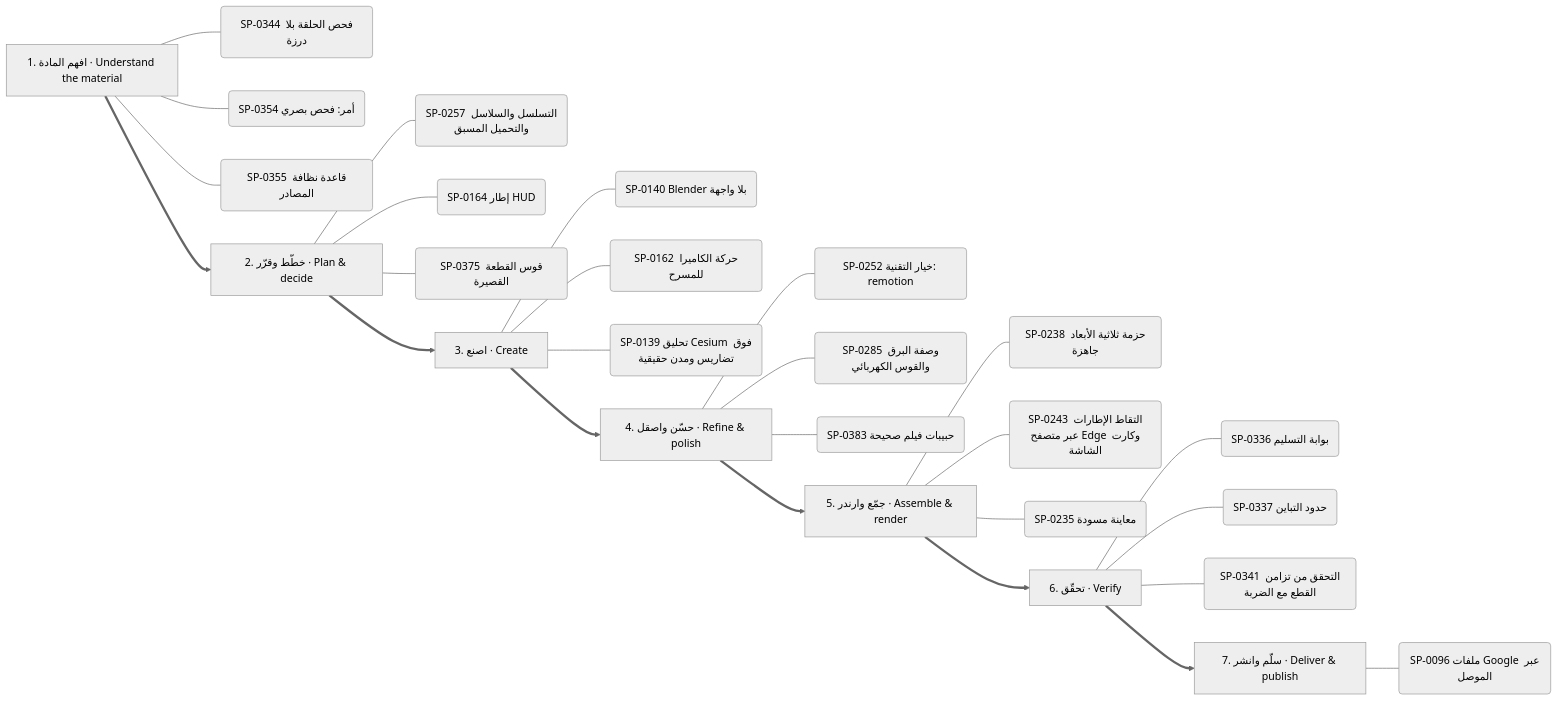
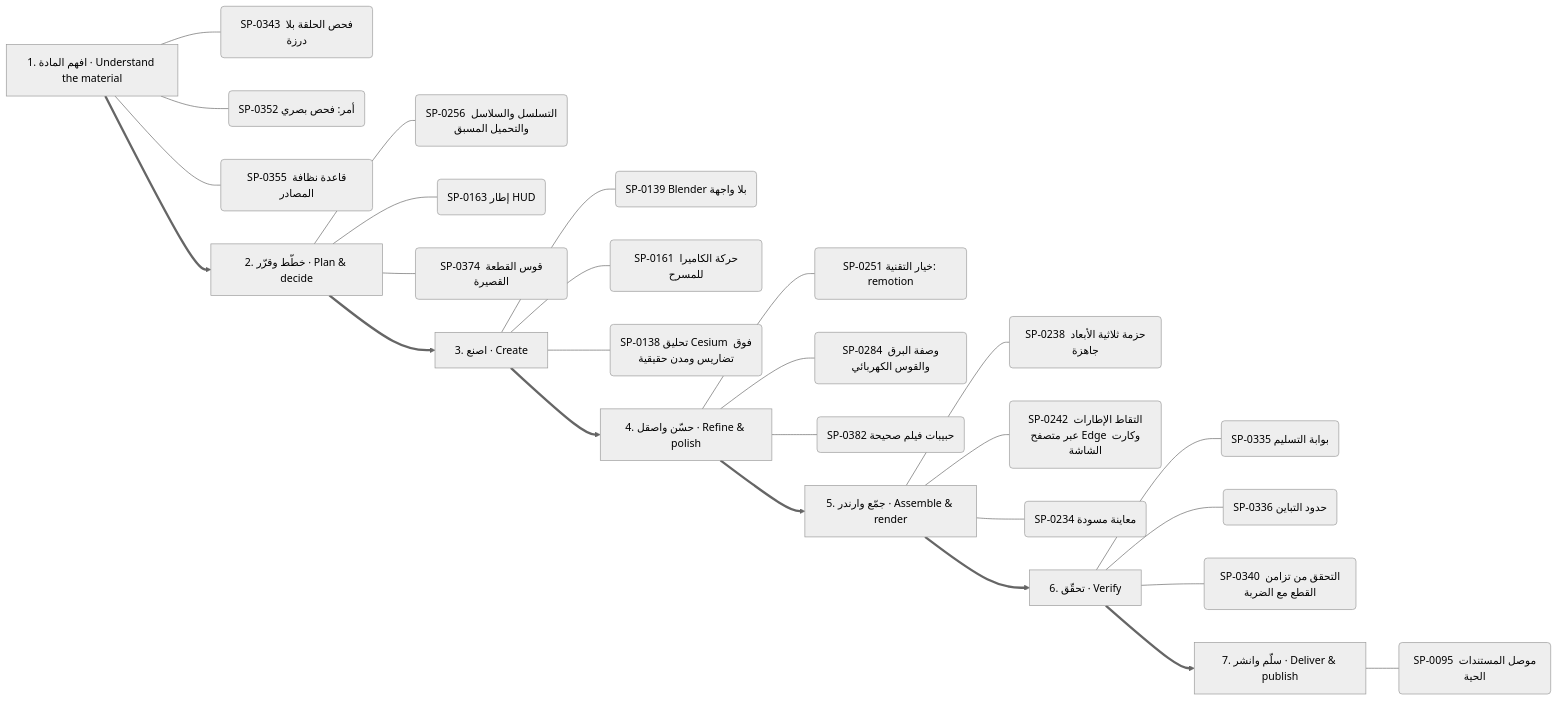
One commit to kosif199022-jpg/kosif-tool changed the eighth of 13 diagrams in .claude/skills/kosif-superpowers/references/capability-mindmap.md. Above: the diagram before and after it, drawn with Mermaid (neutral theme). The commit also changed other lines of this file and 41 other files, not shown here.

````diff
--- a/.claude/skills/kosif-superpowers/references/capability-mindmap.md
+++ b/.claude/skills/kosif-superpowers/references/capability-mindmap.md
@@ -407,35 +408,35 @@
 ```mermaid
 flowchart LR
   S0["1. افهم المادة · Understand the material"]
-  S0 --- S0_0("SP-0344 فحص الحلقة بلا درزة")
-  S0 --- S0_1("SP-0354 أمر: فحص بصري")
+  S0 --- S0_0("SP-0343 فحص الحلقة بلا درزة")
+  S0 --- S0_1("SP-0352 أمر: فحص بصري")
   S0 --- S0_2("SP-0355 قاعدة نظافة المصادر")
   S1["2. خطّط وقرّر · Plan & decide"]
-  S1 --- S1_0("SP-0257 التسلسل والسلاسل والتحميل المسبق")
-  S1 --- S1_1("SP-0164 إطار HUD")
-  S1 --- S1_2("SP-0375 قوس القطعة القصيرة")
+  S1 --- S1_0("SP-0256 التسلسل والسلاسل والتحميل المسبق")
+  S1 --- S1_1("SP-0163 إطار HUD")
+  S1 --- S1_2("SP-0374 قوس القطعة القصيرة")
   S0 ==> S1
   S2["3. اصنع · Create"]
-  S2 --- S2_0("SP-0140 Blender بلا واجهة")
-  S2 --- S2_1("SP-0162 حركة الكاميرا للمسرح")
-  S2 --- S2_2("SP-0139 تحليق Cesium فوق تضاريس ومدن حقيقية")
+  S2 --- S2_0("SP-0139 Blender بلا واجهة")
+  S2 --- S2_1("SP-0161 حركة الكاميرا للمسرح")
+  S2 --- S2_2("SP-0138 تحليق Cesium فوق تضاريس ومدن حقيقية")
   S1 ==> S2
   S3["4. حسّن واصقل · Refine & polish"]
-  S3 --- S3_0("SP-0252 خيار التقنية: remotion")
-  S3 --- S3_1("SP-0285 وصفة البرق والقوس الكهربائي")
-  S3 --- S3_2("SP-0383 حبيبات فيلم صحيحة")
+  S3 --- S3_0("SP-0251 خيار التقنية: remotion")
+  S3 --- S3_1("SP-0284 وصفة البرق والقوس الكهربائي")
+  S3 --- S3_2("SP-0382 حبيبات فيلم صحيحة")
   S2 ==> S3
   S4["5. جمّع وارندر · Assemble & render"]
   S4 --- S4_0("SP-0238 حزمة ثلاثية الأبعاد جاهزة")
-  S4 --- S4_1("SP-0243 التقاط الإطارات عبر متصفح Edge وكارت الشاشة")
-  S4 --- S4_2("SP-0235 معاينة مسودة")
+  S4 --- S4_1("SP-0242 التقاط الإطارات عبر متصفح Edge وكارت الشاشة")
+  S4 --- S4_2("SP-0234 معاينة مسودة")
   S3 ==> S4
   S5["6. تحقّق · Verify"]
-  S5 --- S5_0("SP-0336 بوابة التسليم")
-  S5 --- S5_1("SP-0337 حدود التباين")
-  S5 --- S5_2("SP-0341 التحقق من تزامن القطع مع الضربة")
+  S5 --- S5_0("SP-0335 بوابة التسليم")
+  S5 --- S5_1("SP-0336 حدود التباين")
+  S5 --- S5_2("SP-0340 التحقق من تزامن القطع مع الضربة")
   S4 ==> S5
   S6["7. سلّم وانشر · Deliver & publish"]
-  S6 --- S6_0("SP-0096 ملفات Google عبر الموصل")
+  S6 --- S6_0("SP-0095 موصل المستندات الحية")
   S5 ==> S6
 ```
````
